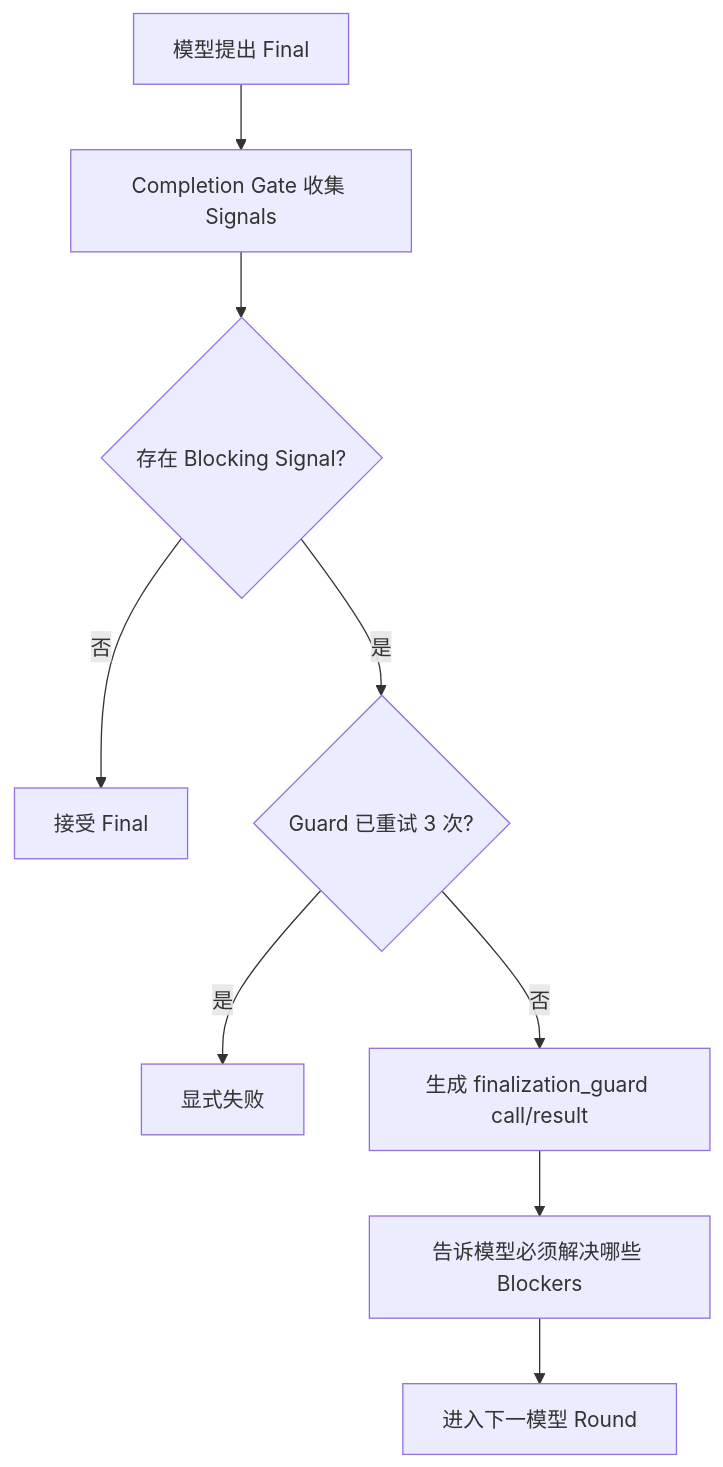
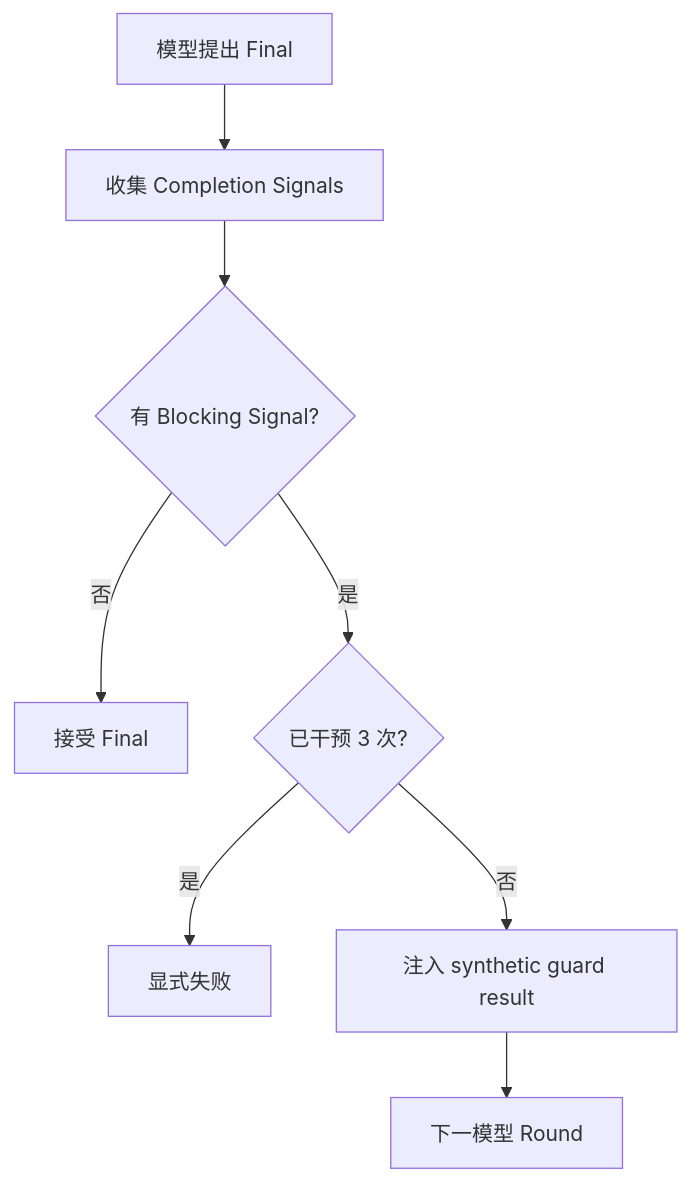
The eighth of 8 diagrams in docs/codex-vs-opentopia-agent-loop-zh-cn.md (StagoMax/OpenTopia), drawn with Mermaid before and after one commit. The commit also changed other lines of this file, not shown here.

````diff
--- a/docs/codex-vs-opentopia-agent-loop-zh-cn.md
+++ b/docs/codex-vs-opentopia-agent-loop-zh-cn.md
@@ -595,11 +219,10 @@
 ```mermaid
 flowchart TD
-    A[模型提出 Final] --> B[Completion Gate 收集 Signals]
-    B --> C{存在 Blocking Signal?}
+    A[模型提出 Final] --> B[收集 Completion Signals]
+    B --> C{有 Blocking Signal?}
     C -->|否| D[接受 Final]
-    C -->|是| E{Guard 已重试 3 次?}
+    C -->|是| E{已干预 3 次?}
     E -->|是| F[显式失败]
-    E -->|否| G[生成 finalization_guard call/result]
-    G --> H[告诉模型必须解决哪些 Blockers]
-    H --> I[进入下一模型 Round]
+    E -->|否| G[注入 synthetic guard result]
+    G --> H[下一模型 Round]
 ```
````
